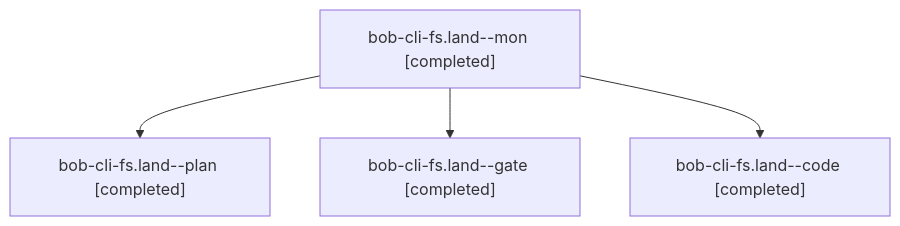
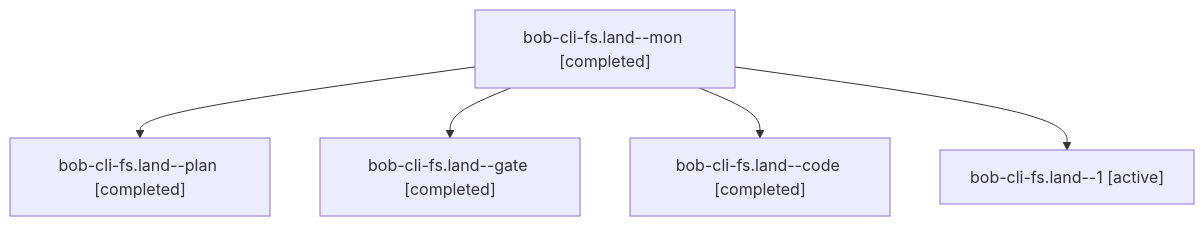
The diagram in sessions/bbugyi200.athena.bob-cli-fs.land.md (bobs-org/bob-cli--agents), drawn with Mermaid before and after one commit. The commit also changed other lines of this file and 119 other files, not shown here.

````diff
--- a/sessions/bbugyi200.athena.bob-cli-fs.land.md
+++ b/sessions/bbugyi200.athena.bob-cli-fs.land.md
@@ -9,10 +9,12 @@
 ```mermaid
 flowchart TD
   n0["bob-cli-fs.land--mon [completed]"]
   n1["bob-cli-fs.land--plan [completed]"]
   n0 --> n1
   n2["bob-cli-fs.land--gate [completed]"]
   n0 --> n2
   n3["bob-cli-fs.land--code [completed]"]
   n0 --> n3
+  n4["bob-cli-fs.land--1 [active]"]
+  n0 --> n4
 ```
````
